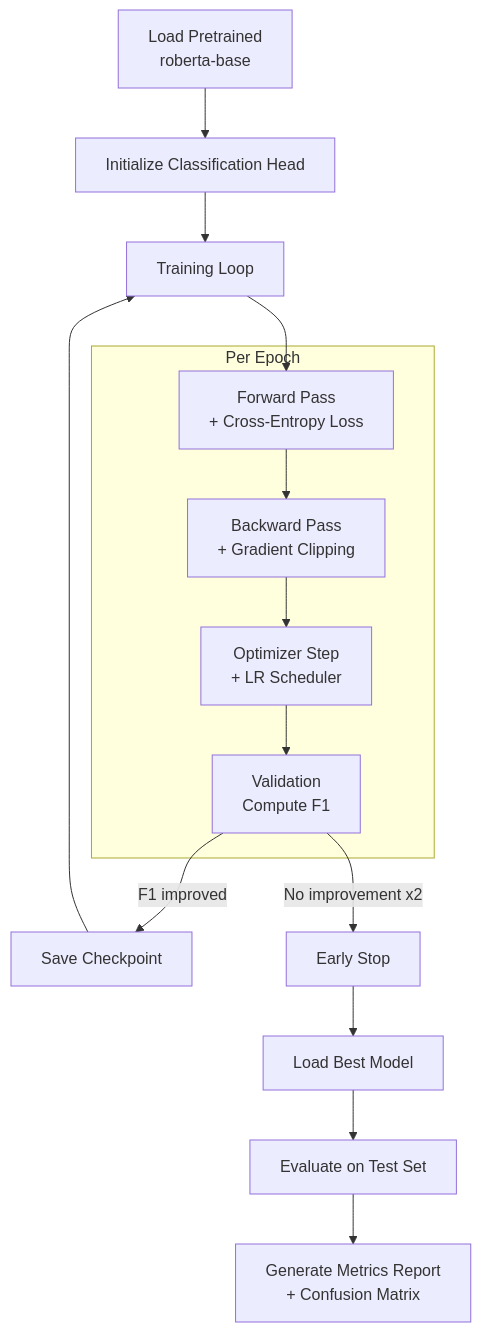
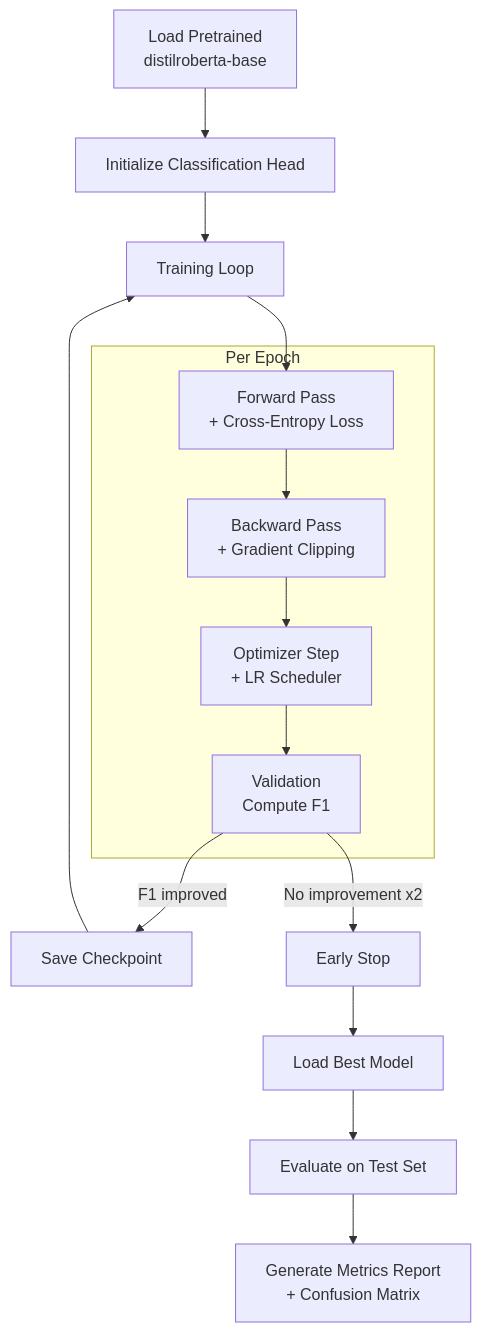
The fourth of 4 diagrams in README.md (Max00358/AI-gen-text-detector), drawn with Mermaid before and after one commit. The commit also changed other lines of this file, not shown here.

````diff
--- a/README.md
+++ b/README.md
@@ -617,20 +627,20 @@
 ```mermaid
 flowchart TB
-    Start["Load Pretrained<br/>roberta-base"] --> Init["Initialize Classification Head"]
+    Start["Load Pretrained<br/>distilroberta-base"] --> Init["Initialize Classification Head"]
     Init --> Loop["Training Loop"]
     
     subgraph epoch [Per Epoch]
         FwdPass["Forward Pass<br/>+ Cross-Entropy Loss"]
         Backward["Backward Pass<br/>+ Gradient Clipping"]
         Step["Optimizer Step<br/>+ LR Scheduler"]
         Val["Validation<br/>Compute F1"]
     end
 
     Loop --> FwdPass --> Backward --> Step --> Val
     Val -->|"F1 improved"| Save["Save Checkpoint"]
     Val -->|"No improvement x2"| EarlyStop["Early Stop"]
     Save --> Loop
     EarlyStop --> Best["Load Best Model"]
     Best --> TestEval["Evaluate on Test Set"]
     TestEval --> Report["Generate Metrics Report<br/>+ Confusion Matrix"]
 ```
````
